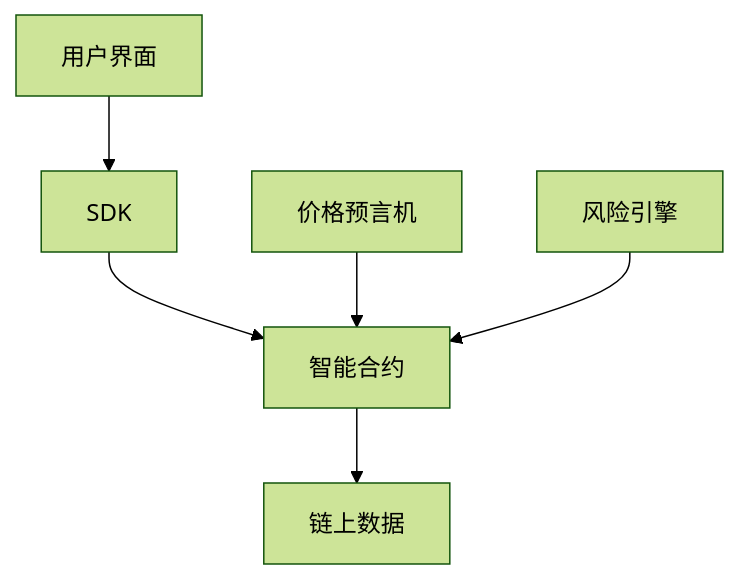
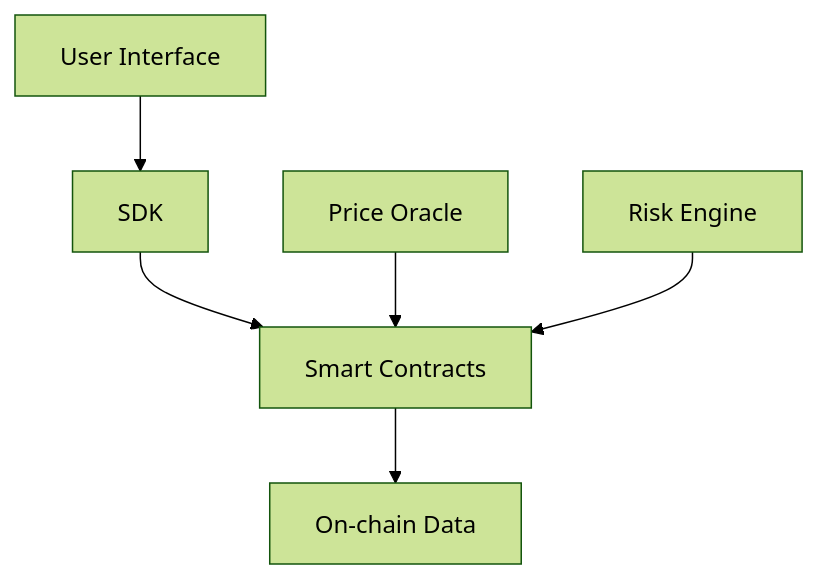
The diagram in content/en/fordevelopers/overview.mdx (LaozpGZ/TriplexDocumentation), drawn with Mermaid (forest theme) before and after one commit. The commit also changed other lines of this file and 187 other files, not shown here.

````diff
--- a/content/en/fordevelopers/overview.mdx
+++ b/content/en/fordevelopers/overview.mdx
@@ -17,8 +17,8 @@
 ```mermaid
 graph TD
-    A[用户界面] --> B[SDK]
-    B --> C[智能合约]
-    C --> D[链上数据]
-    E[价格预言机] --> C
-    F[风险引擎] --> C
+    A[User Interface] --> B[SDK]
+    B --> C[Smart Contracts]
+    C --> D[On-chain Data]
+    E[Price Oracle] --> C
+    F[Risk Engine] --> C
 ```
````
